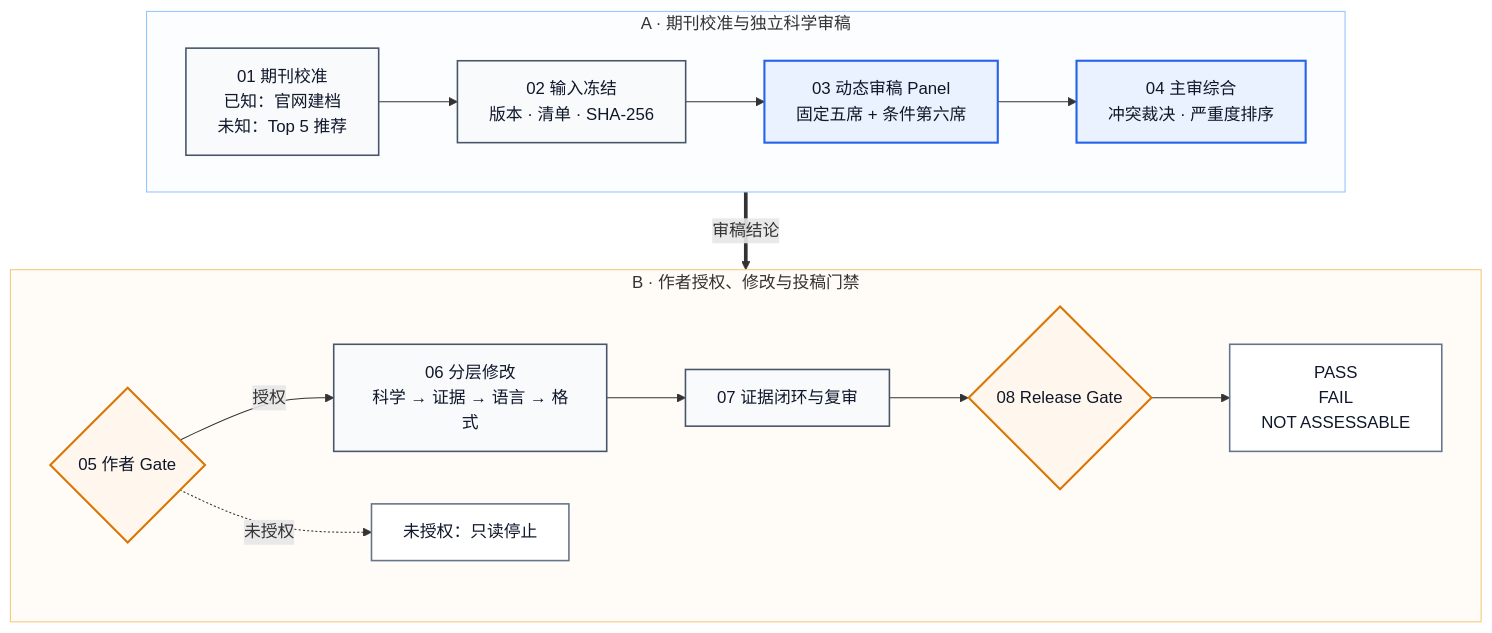
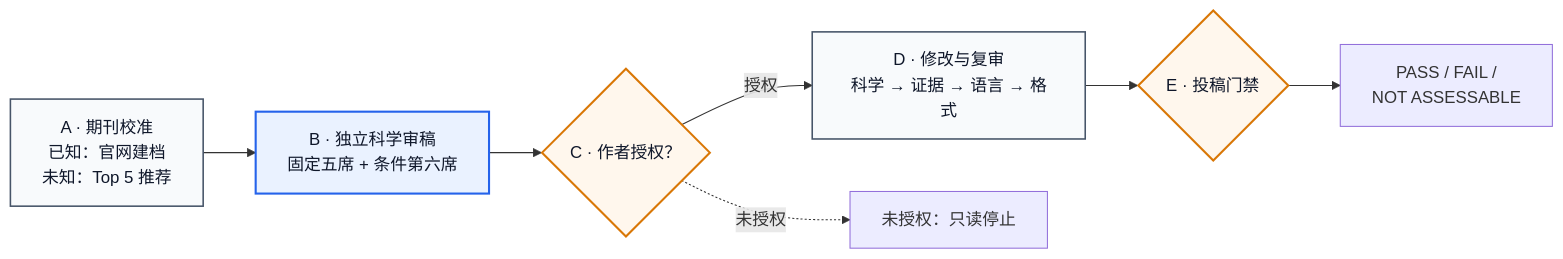
One commit to Jameslxr/manuscript-review-revision-skill changed the diagram in README.md. Above: the diagram before and after it, drawn with Mermaid. The commit also changed other lines of this file and 7 other files, not shown here.

````diff
--- a/README.md
+++ b/README.md
@@ -21,37 +62,21 @@
 ```mermaid
-flowchart TB
-    subgraph REVIEW["A · 期刊校准与独立科学审稿"]
-        direction LR
-        J1["01 期刊校准<br/>已知：官网建档<br/>未知：Top 5 推荐"]
-        J2["02 输入冻结<br/>版本 · 清单 · SHA-256"]
-        J3["03 动态审稿 Panel<br/>固定五席 + 条件第六席"]
-        J4["04 主审综合<br/>冲突裁决 · 严重度排序"]
-        J1 --> J2 --> J3 --> J4
-    end
+flowchart LR
+    J["A · 期刊校准<br/>已知：官网建档<br/>未知：Top 5 推荐"]
+    P["B · 独立科学审稿<br/>固定五席 + 条件第六席"]
+    A{"C · 作者授权？"}
+    R["D · 修改与复审<br/>科学 → 证据 → 语言 → 格式"]
+    G{"E · 投稿门禁"}
+    O["PASS / FAIL /<br/>NOT ASSESSABLE"]
+    STOP["未授权：只读停止"]
 
-    subgraph REVISION["B · 作者授权、修改与投稿门禁"]
-        direction LR
-        J5{"05 作者 Gate"}
-        J6["06 分层修改<br/>科学 → 证据 → 语言 → 格式"]
-        J7["07 证据闭环与复审"]
-        J8{"08 Release Gate"}
-        OUT["PASS<br/>FAIL<br/>NOT ASSESSABLE"]
-        STOP["未授权：只读停止"]
-        J5 -- "授权" --> J6 --> J7 --> J8 --> OUT
-        J5 -. "未授权" .-> STOP
-    end
+    J --> P --> A
+    A -- "授权" --> R --> G --> O
+    A -. "未授权" .-> STOP
 
-    REVIEW ==>|审稿结论| REVISION
-
-    classDef phase fill:#F8FAFC,stroke:#475569,stroke-width:1.5px,color:#0F172A;
     classDef review fill:#EAF2FF,stroke:#2563EB,stroke-width:2px,color:#0F172A;
     classDef gate fill:#FFF7ED,stroke:#D97706,stroke-width:2px,color:#0F172A;
-    classDef terminal fill:#FFFFFF,stroke:#64748B,stroke-width:1.5px,color:#0F172A;
-
-    class J1,J2,J6,J7 phase;
-    class J3,J4 review;
-    class J5,J8 gate;
-    class OUT,STOP terminal;
-    style REVIEW fill:#FBFDFF,stroke:#93C5FD,stroke-width:1px
-    style REVISION fill:#FFFCF7,stroke:#F5C77A,stroke-width:1px
+    classDef phase fill:#F8FAFC,stroke:#475569,stroke-width:1.5px,color:#0F172A;
+    class J,R phase;
+    class P review;
+    class A,G gate;
 ```
````
